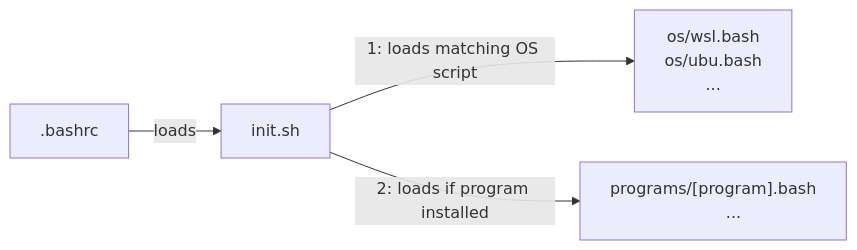
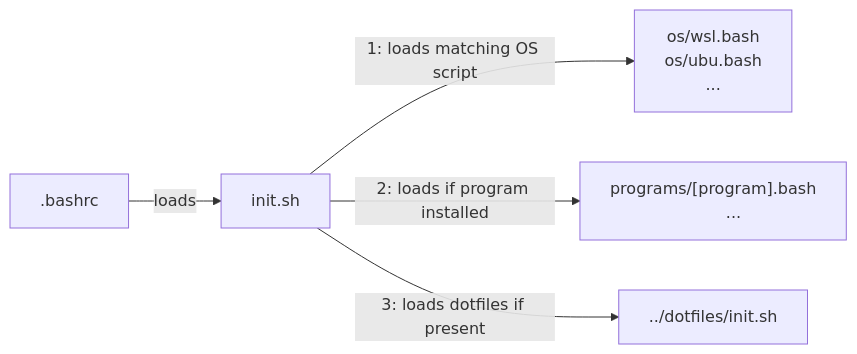
One commit to alanlivio/cli-helpers changed the first of 2 diagrams in README.md. Above: the diagram before and after it, drawn with Mermaid. The commit also changed other lines of this file and 2 other files, not shown here.

Commit message:
load dotfiles from sibling folder

````diff
--- a/README.md
+++ b/README.md
@@ -7,20 +7,23 @@
 ```mermaid
 flowchart LR
     bashrc[".bashrc"]
     %% ps-init["init.ps1"]
     sh-init["init.sh"]
     program-dependent["
         programs/[program].bash
         ...
     "]
     OS-dependent["
         os/wsl.bash
         os/ubu.bash
         ...
     "]
+    dotfiles["
+        ../dotfiles/init.sh
+    "]
     
     bashrc --> |"loads"| sh-init
     sh-init --> |"1: loads matching OS script"| OS-dependent
     sh-init --> |"2: loads if program installed"| program-dependent
-    %% sh-init --> |"3: create bash alias functions at"| ps-init
+    sh-init --> |"3: loads dotfiles if present"| dotfiles
 ```
````
